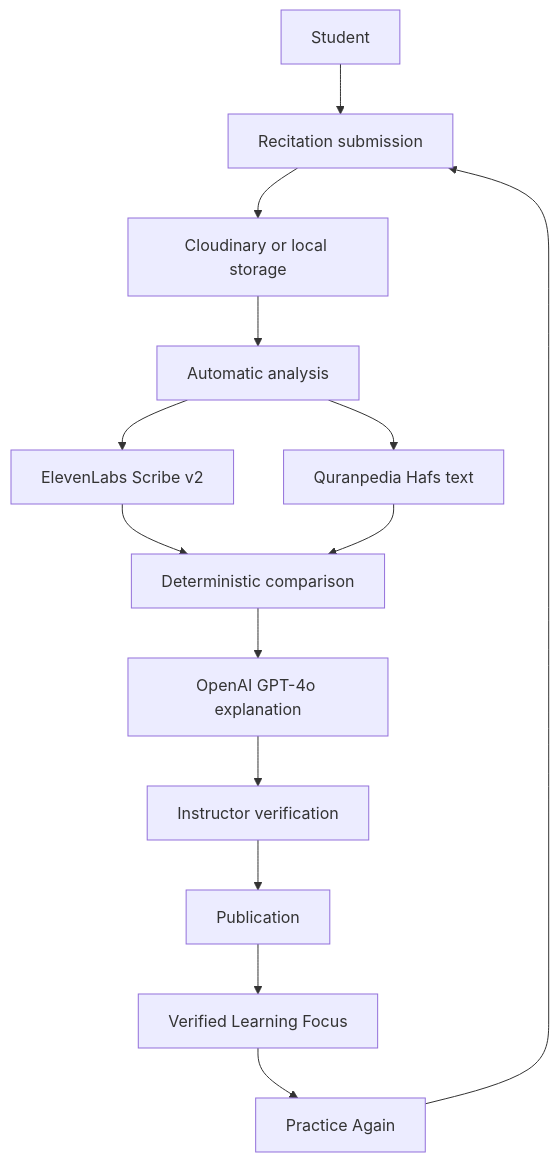
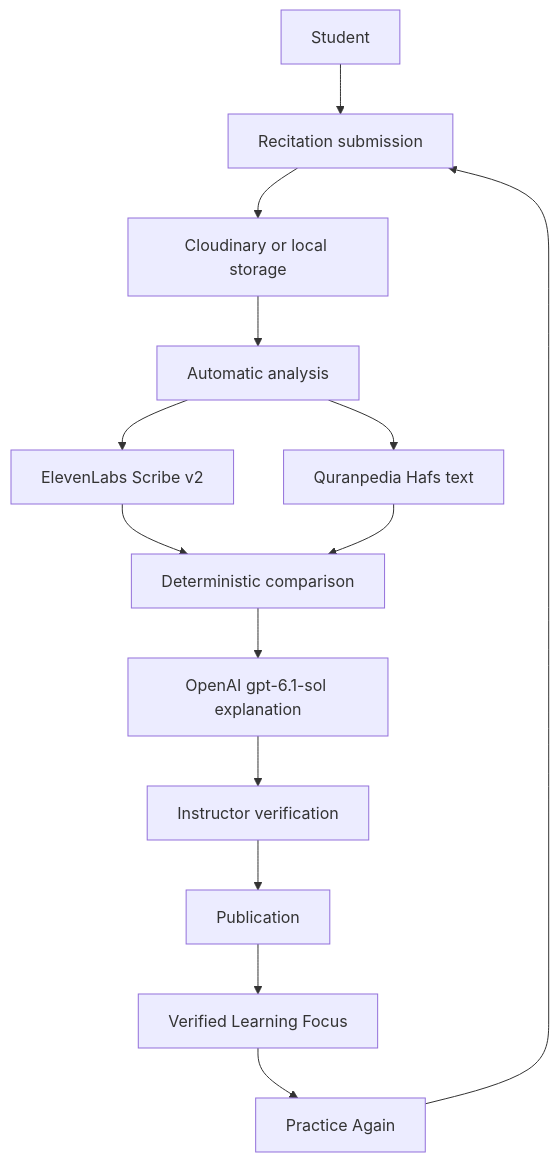
Before and after one commit to Elhessan2000/e-tasmi-ai-learning-loop: the diagram in docs/architecture/learning-loop.md, drawn with Mermaid. The commit also changed other lines of this file and 7 other files, not shown here.

Commit message:
feat: upgrade challenge AI analysis to GPT-6.1 Sol

````diff
--- a/docs/architecture/learning-loop.md
+++ b/docs/architecture/learning-loop.md
@@ -7,16 +7,16 @@
 ```mermaid
 flowchart TD
     student[Student] --> submit[Recitation submission]
     submit --> store[Cloudinary or local storage]
     store --> pipeline[Automatic analysis]
     pipeline --> stt[ElevenLabs Scribe v2]
     pipeline --> ref[Quranpedia Hafs text]
     stt --> compare[Deterministic comparison]
     ref --> compare
-    compare --> explain[OpenAI GPT-4o explanation]
+    compare --> explain[OpenAI gpt-6.1-sol explanation]
     explain --> instructor[Instructor verification]
     instructor --> publish[Publication]
     publish --> focus[Verified Learning Focus]
     focus --> again[Practice Again]
     again --> submit
 ```
````
